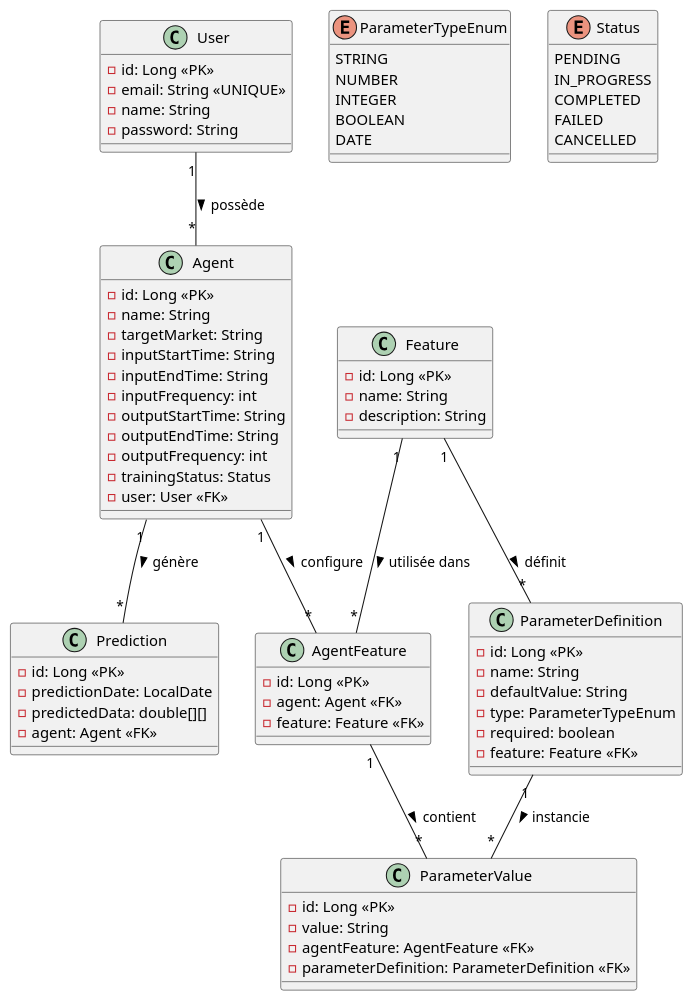
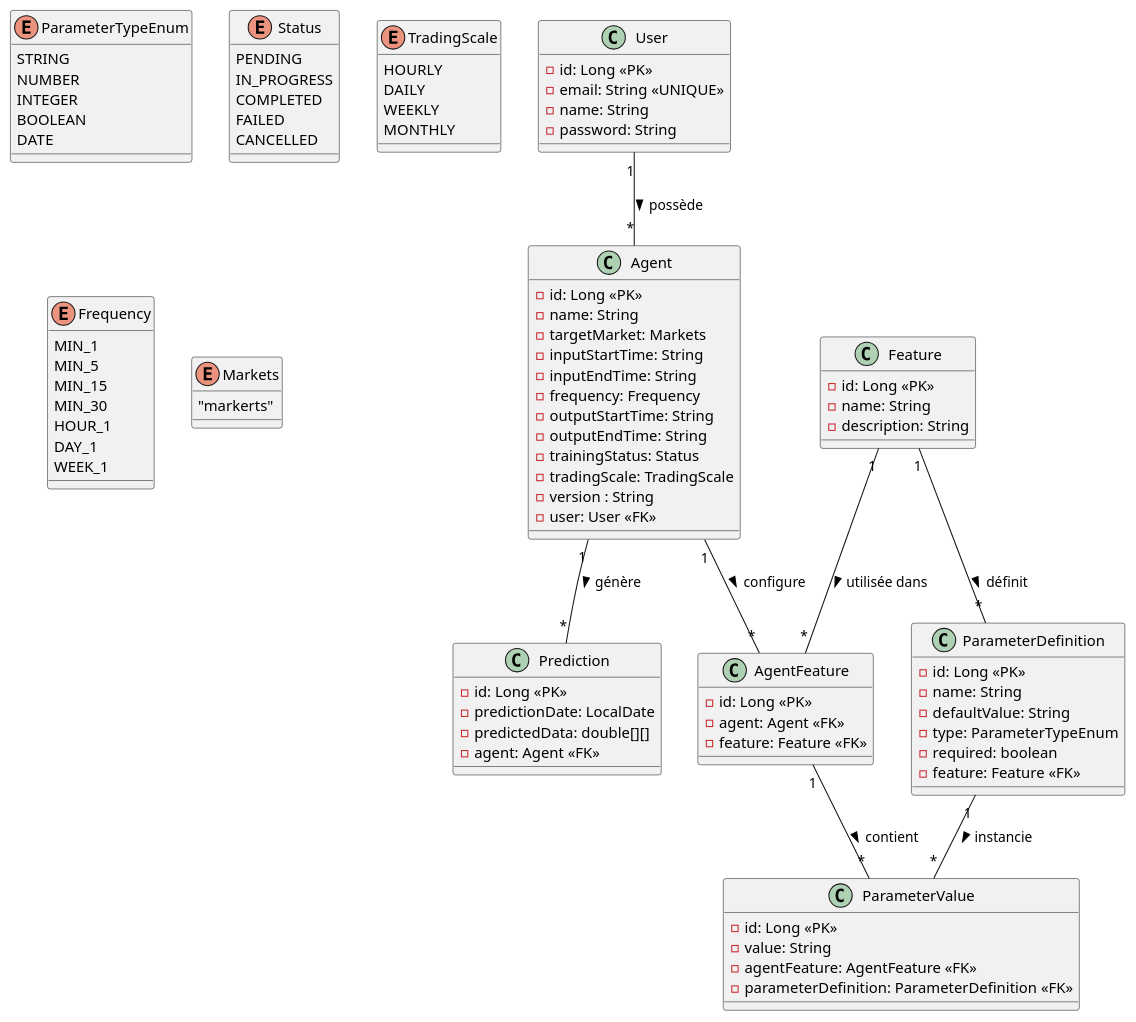
One commit to tradefi-2025/demo_ai_back changed the diagram in docs/bdd_demo.puml. Above: the diagram before and after it, drawn with PlantUML. The commit also changed 5 other files, not shown here.

```diff
--- a/docs/bdd_demo.puml
+++ b/docs/bdd_demo.puml
@@ -1,84 +1,106 @@
 @startuml
 ' Entités principales
 class User {
   -id: Long <<PK>>
   -email: String <<UNIQUE>>
   -name: String
   -password: String
 }
 
 class Agent {
   -id: Long <<PK>>
   -name: String
-  -targetMarket: String
+  -targetMarket: Markets
   -inputStartTime: String
   -inputEndTime: String
-  -inputFrequency: int
+  -frequency: Frequency
   -outputStartTime: String
   -outputEndTime: String
-  -outputFrequency: int
   -trainingStatus: Status
+  -tradingScale: TradingScale
+  -version : String
   -user: User <<FK>>
 }
 
 class Feature {
   -id: Long <<PK>>
   -name: String
   -description: String
 }
 
 class ParameterDefinition {
   -id: Long <<PK>>
   -name: String
   -defaultValue: String
   -type: ParameterTypeEnum
   -required: boolean
   -feature: Feature <<FK>>
 }
 
 enum ParameterTypeEnum {
   STRING
   NUMBER
   INTEGER
   BOOLEAN
   DATE
 }
 
 enum Status {
   PENDING
   IN_PROGRESS
   COMPLETED
   FAILED
   CANCELLED
 }
 
+enum TradingScale {
+  HOURLY
+  DAILY
+  WEEKLY
+  MONTHLY
+}
+
+enum Frequency {
+  MIN_1
+  MIN_5
+  MIN_15
+  MIN_30
+  HOUR_1
+  DAY_1
+  WEEK_1
+}
+
+enum Markets
+{
+    "markerts"
+}
 class AgentFeature {
   -id: Long <<PK>>
   -agent: Agent <<FK>>
   -feature: Feature <<FK>>
 }
 
 class ParameterValue {
   -id: Long <<PK>>
   -value: String
   -agentFeature: AgentFeature <<FK>>
   -parameterDefinition: ParameterDefinition <<FK>>
 }
 
 class Prediction {
   -id: Long <<PK>>
   -predictionDate: LocalDate
   -predictedData: double[][]
   -agent: Agent <<FK>>
 }
 
 ' Relations entre entités
 User "1" -- "*" Agent : possède >
 Agent "1" -- "*" AgentFeature : configure >
 Agent "1" -- "*" Prediction : génère >
 Feature "1" -- "*" AgentFeature : utilisée dans >
 Feature "1" -- "*" ParameterDefinition : définit >
 AgentFeature "1" -- "*" ParameterValue : contient >
 ParameterDefinition "1" -- "*" ParameterValue : instancie >
 
 @enduml
```
